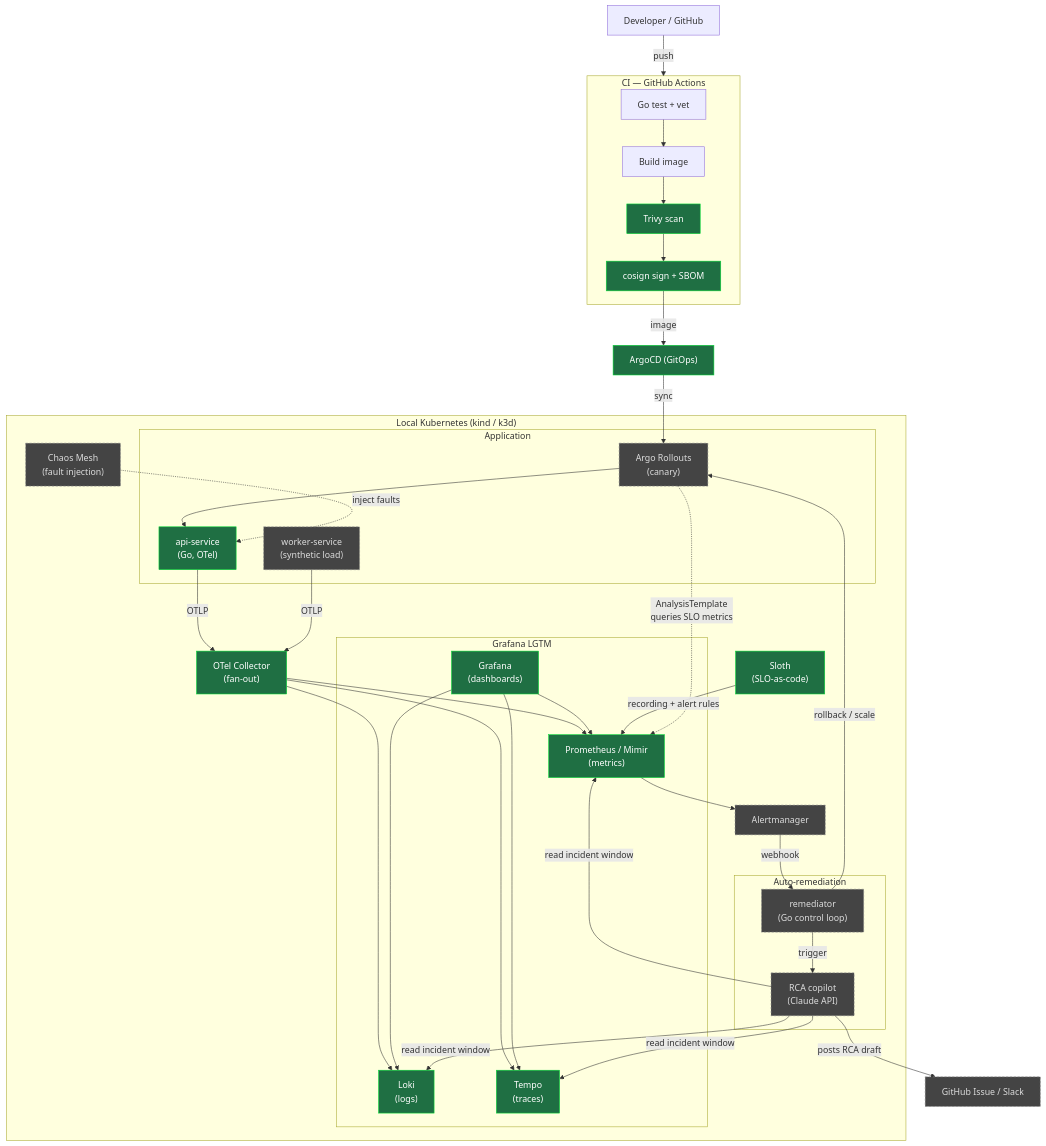
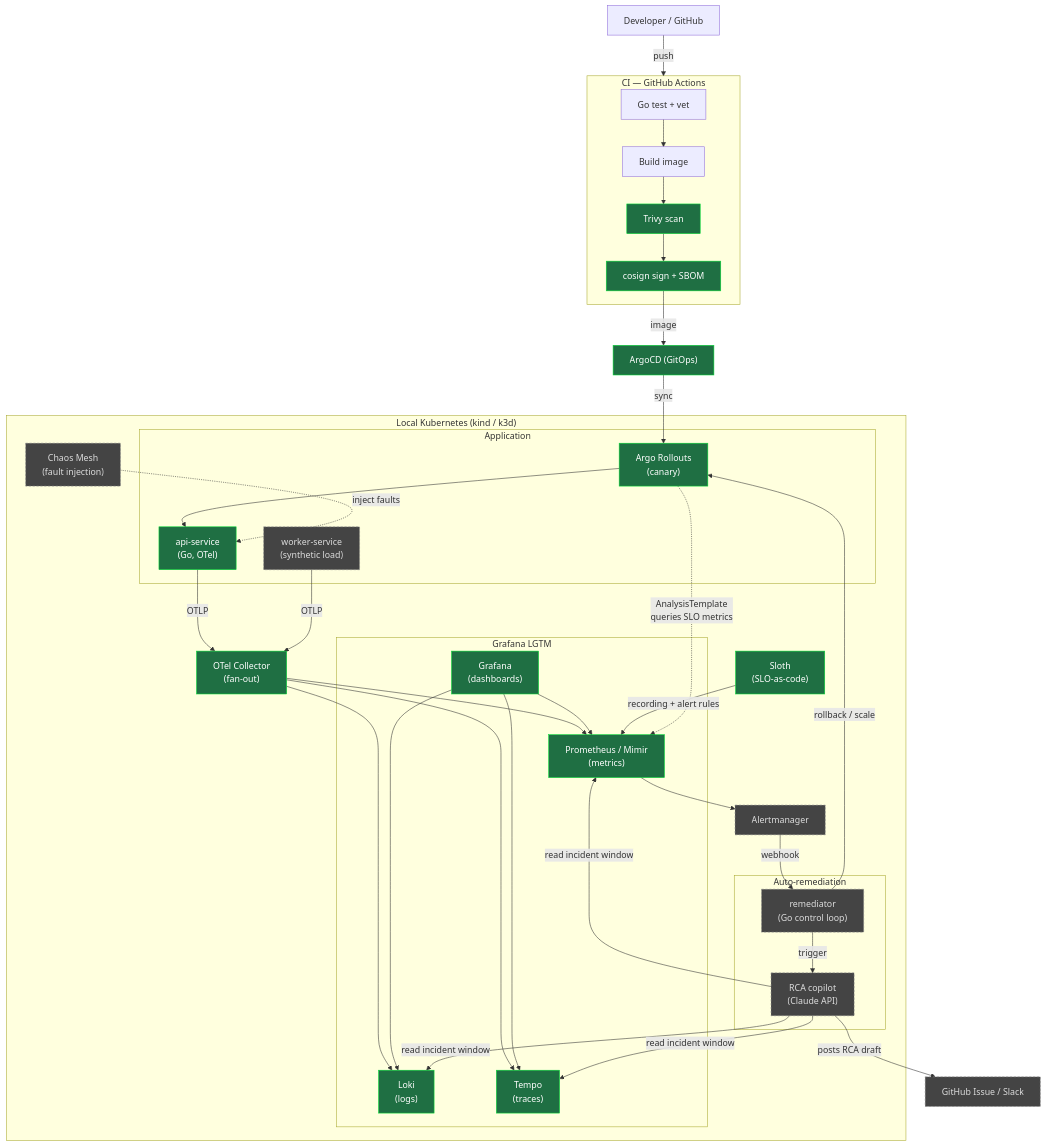
The first of 2 diagrams in README.md (tomjga/OmniObserve), drawn with Mermaid before and after one commit. The commit also changed other lines of this file and 8 other files, not shown here.

````diff
--- a/README.md
+++ b/README.md
@@ -16,58 +16,58 @@
 ```mermaid
 flowchart TB
     dev["Developer / GitHub"] -->|push| ci
 
     subgraph ci["CI — GitHub Actions"]
         test["Go test + vet"] --> build["Build image"]
         build --> scan["Trivy scan"] --> sign["cosign sign + SBOM"]
     end
 
     sign -->|image| argocd["ArgoCD (GitOps)"]
     argocd -->|sync| rollout
 
     subgraph cluster["Local Kubernetes (kind / k3d)"]
         subgraph app["Application"]
             rollout["Argo Rollouts<br/>(canary)"] --> api["api-service<br/>(Go, OTel)"]
             worker["worker-service<br/>(synthetic load)"]
         end
 
         chaos["Chaos Mesh<br/>(fault injection)"] -.->|inject faults| api
 
         api -->|OTLP| otelcol["OTel Collector<br/>(fan-out)"]
         worker -->|OTLP| otelcol
 
         subgraph lgtm["Grafana LGTM"]
             prom["Prometheus / Mimir<br/>(metrics)"]
             loki["Loki<br/>(logs)"]
             tempo["Tempo<br/>(traces)"]
             grafana["Grafana<br/>(dashboards)"]
         end
 
         otelcol --> prom
         otelcol --> loki
         otelcol --> tempo
         grafana --> prom & loki & tempo
 
         sloth["Sloth<br/>(SLO-as-code)"] -->|recording + alert rules| prom
         prom --> am["Alertmanager"]
 
         rollout -. "AnalysisTemplate<br/>queries SLO metrics" .-> prom
 
         subgraph control["Auto-remediation"]
             remediator["remediator<br/>(Go control loop)"]
             rca["RCA copilot<br/>(Claude API)"]
         end
 
         am -->|webhook| remediator
         remediator -->|rollback / scale| rollout
         remediator -->|trigger| rca
         rca -->|read incident window| loki & tempo & prom
     end
 
     rca -->|posts RCA draft| issue["GitHub Issue / Slack"]
 
     classDef done fill:#1f6f43,stroke:#0d3,color:#fff;
     classDef plan fill:#444,stroke:#888,color:#ddd,stroke-dasharray:4 3;
-    class api,prom,loki,tempo,grafana,otelcol,argocd,sloth,scan,sign done;
-    class worker,rollout,chaos,am,remediator,rca,issue plan;
+    class api,prom,loki,tempo,grafana,otelcol,argocd,sloth,scan,sign,rollout done;
+    class worker,chaos,am,remediator,rca,issue plan;
 ```
````
